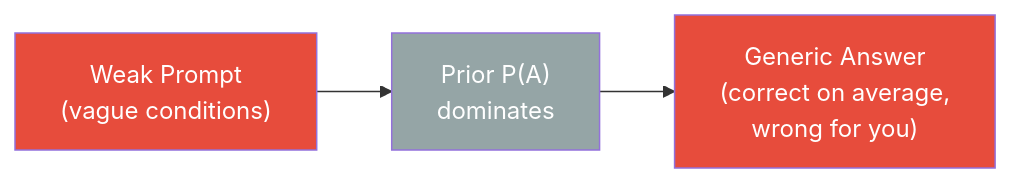
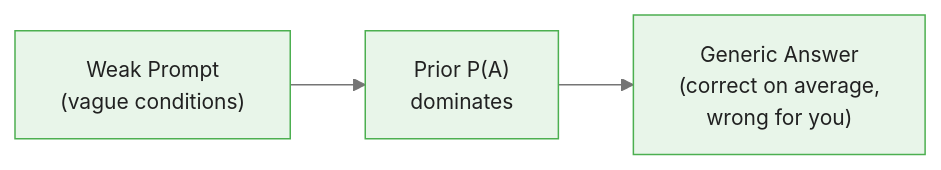
The first of 3 diagrams in courses/bayesian-prompt-engineering/modules/module_01_bayesian_frame/guides/01_prompts_as_evidence_slides.md (m-deane/course-creator), drawn with Mermaid before and after one commit. The commit also changed other lines of this file and 53 other files, not shown here.

````diff
--- a/courses/bayesian-prompt-engineering/modules/module_01_bayesian_frame/guides/01_prompts_as_evidence_slides.md
+++ b/courses/bayesian-prompt-engineering/modules/module_01_bayesian_frame/guides/01_prompts_as_evidence_slides.md
@@ -95,8 +107,6 @@
 ```mermaid
+%%{init: {"theme": "base", "themeVariables": {"primaryColor": "#e8f5e9", "primaryBorderColor": "#4caf50", "primaryTextColor": "#212121", "secondaryColor": "#e3f2fd", "tertiaryColor": "#fff8e1", "lineColor": "#757575", "fontFamily": "Inter, sans-serif", "fontSize": "14px"}}}%%
 flowchart LR
     C["Weak Prompt\n(vague conditions)"] --> P["Prior P(A)\ndominates"]
     P --> G["Generic Answer\n(correct on average,\nwrong for you)"]
-    style C fill:#e74c3c,color:#fff
-    style G fill:#e74c3c,color:#fff
-    style P fill:#95a5a6,color:#fff
 ```
````
